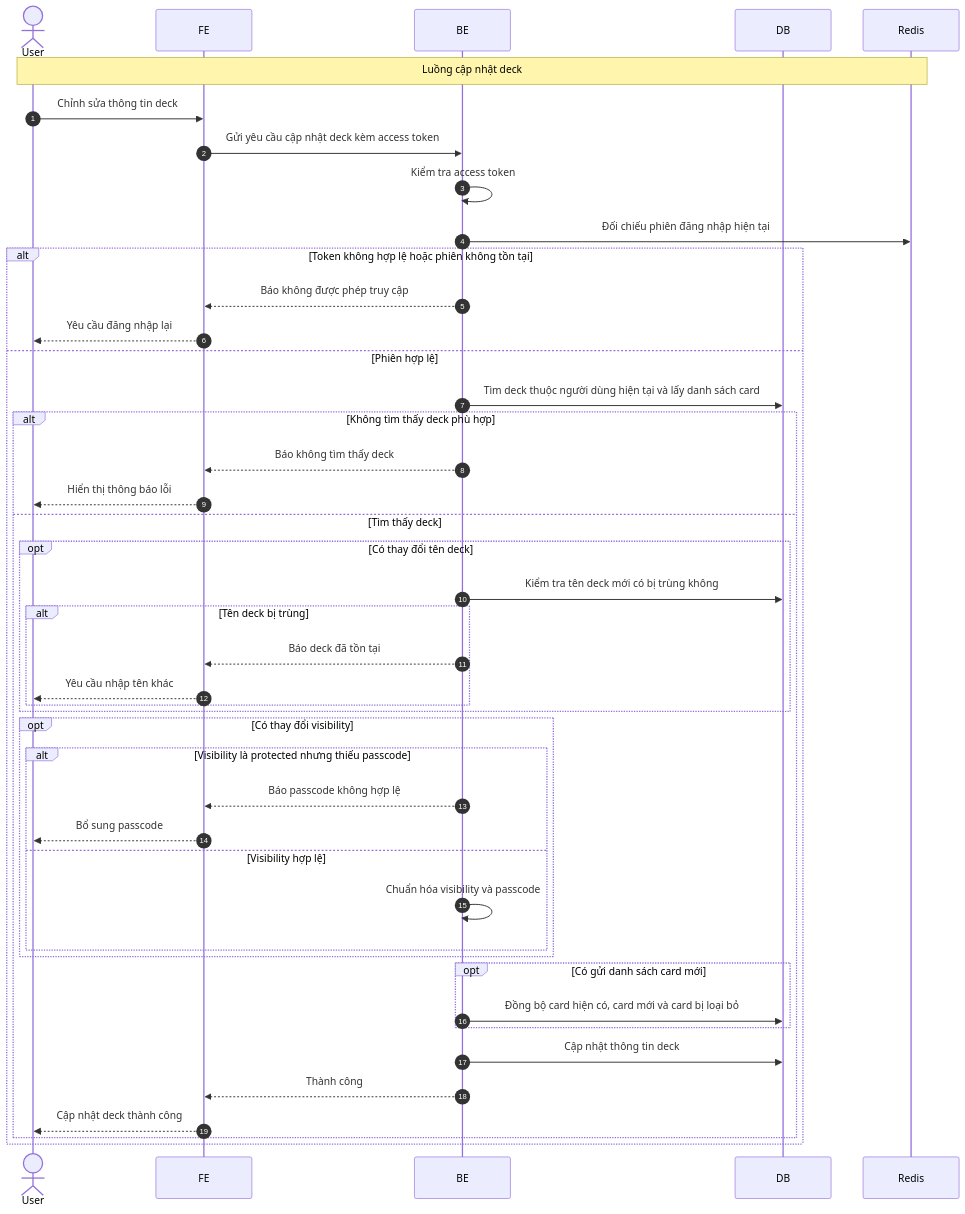
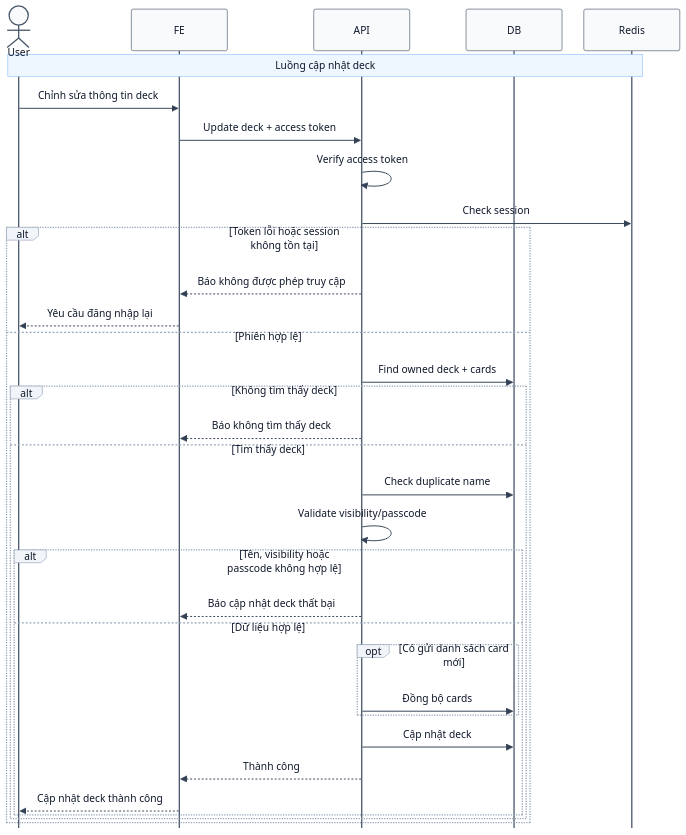
One commit to hungpn23/vocabify_be changed the diagram in docs/update-deck-sequence.md. Above: the diagram before and after it, drawn with Mermaid. The commit also changed 29 other files, not shown here.

Commit message:
feat: update sequence diagrams and add ERD for user and deck modules

````diff
--- a/docs/update-deck-sequence.md
+++ b/docs/update-deck-sequence.md
@@ -5,47 +5,70 @@
 ```mermaid
+---
+config:
+  theme: base
+  look: classic
+  sequence:
+    showSequenceNumbers: false
+    mirrorActors: false
+    diagramMarginX: 12
+    diagramMarginY: 8
+    actorMargin: 34
+    boxMargin: 6
+    boxTextMargin: 4
+    noteMargin: 6
+    messageMargin: 24
+  themeVariables:
+    background: "#ffffff"
+    mainBkg: "#ffffff"
+    actorBkg: "#f8fafc"
+    actorBorder: "#475569"
+    actorTextColor: "#0f172a"
+    signalColor: "#334155"
+    signalTextColor: "#0f172a"
+    noteBkgColor: "#eef6ff"
+    noteTextColor: "#0f172a"
+    noteBorderColor: "#93c5fd"
+    loopTextColor: "#0f172a"
+    activationBkgColor: "#e0f2fe"
+    activationBorderColor: "#0284c7"
+    labelBoxBkgColor: "#f1f5f9"
+    labelBoxBorderColor: "#94a3b8"
+    labelTextColor: "#0f172a"
+    fontFamily: "Arial"
+    fontSize: "12px"
+---
 sequenceDiagram
-	autonumber
 	actor User
 	participant FE as FE
-	participant BE as BE
+	participant BE as API
 	participant DB as DB
 	participant Redis as Redis
 
 	Note over User,Redis: Luồng cập nhật deck
 	User->>FE: Chỉnh sửa thông tin deck
-	FE->>BE: Gửi yêu cầu cập nhật deck kèm access token
-	BE->>BE: Kiểm tra access token
-	BE->>Redis: Đối chiếu phiên đăng nhập hiện tại
-	alt Token không hợp lệ hoặc phiên không tồn tại
+	FE->>BE: Update deck + access token
+	BE->>BE: Verify access token
+	BE->>Redis: Check session
+	alt Token lỗi hoặc session không tồn tại
 		BE-->>FE: Báo không được phép truy cập
 		FE-->>User: Yêu cầu đăng nhập lại
 	else Phiên hợp lệ
-		BE->>DB: Tìm deck thuộc người dùng hiện tại và lấy danh sách card
-		alt Không tìm thấy deck phù hợp
+		BE->>DB: Find owned deck + cards
+		alt Không tìm thấy deck
 			BE-->>FE: Báo không tìm thấy deck
-			FE-->>User: Hiển thị thông báo lỗi
 		else Tìm thấy deck
-			opt Có thay đổi tên deck
-				BE->>DB: Kiểm tra tên deck mới có bị trùng không
-				alt Tên deck bị trùng
-					BE-->>FE: Báo deck đã tồn tại
-					FE-->>User: Yêu cầu nhập tên khác
+			BE->>DB: Check duplicate name
+			BE->>BE: Validate visibility/passcode
+			alt Tên, visibility hoặc passcode không hợp lệ
+				BE-->>FE: Báo cập nhật deck thất bại
+			else Dữ liệu hợp lệ
+				opt Có gửi danh sách card mới
+					BE->>DB: Đồng bộ cards
 				end
+				BE->>DB: Cập nhật deck
+				BE-->>FE: Thành công
+				FE-->>User: Cập nhật deck thành công
 			end
-			opt Có thay đổi visibility
-				alt Visibility là protected nhưng thiếu passcode
-					BE-->>FE: Báo passcode không hợp lệ
-					FE-->>User: Bổ sung passcode
-				else Visibility hợp lệ
-					BE->>BE: Chuẩn hóa visibility và passcode
-				end
-			end
-			opt Có gửi danh sách card mới
-				BE->>DB: Đồng bộ card hiện có, card mới và card bị loại bỏ
-			end
-			BE->>DB: Cập nhật thông tin deck
-			BE-->>FE: Thành công
-			FE-->>User: Cập nhật deck thành công
 		end
 	end
 ```
````
